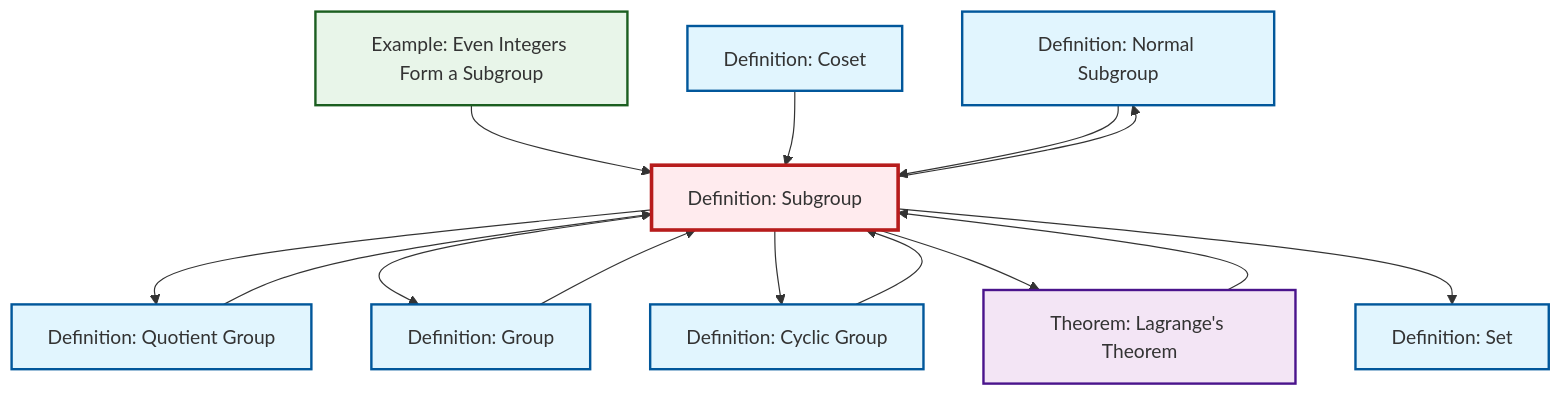
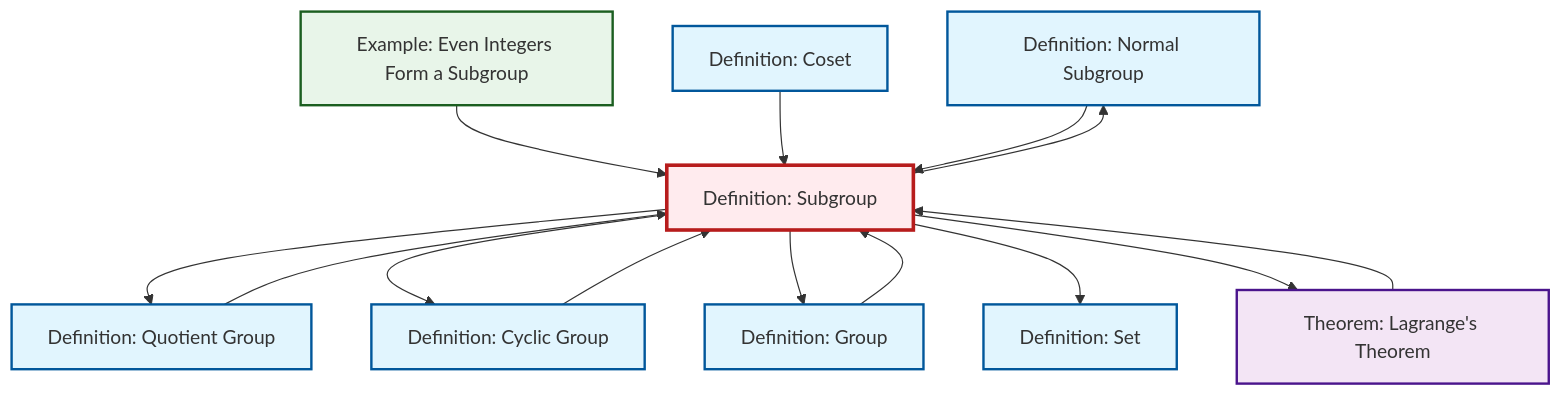
One commit to RK0429/ModernMath changed the diagram in content/en/algebra/def-subgroup.qmd. Above: the diagram before and after it, drawn with Mermaid. The commit also changed other lines of this file and 497 other files, not shown here.

````diff
--- a/content/en/algebra/def-subgroup.qmd
+++ b/content/en/algebra/def-subgroup.qmd
@@ -52,40 +52,40 @@
 ```{mermaid}
 %%| fig-cap: "Local dependency graph"
 graph TD
     classDef definition fill:#e1f5fe,stroke:#01579b,stroke-width:2px
     classDef theorem fill:#f3e5f5,stroke:#4a148c,stroke-width:2px
     classDef axiom fill:#fff3e0,stroke:#e65100,stroke-width:2px
     classDef example fill:#e8f5e9,stroke:#1b5e20,stroke-width:2px
     classDef current fill:#ffebee,stroke:#b71c1c,stroke-width:3px
     def-normal-subgroup["Definition: Normal Subgroup"]:::definition
-    def-quotient-group["Definition: Quotient Group"]:::definition
-    ex-even-integers-subgroup["Example: Even Integers Form a Subgroup"]:::example
+    def-set["Definition: Set"]:::definition
     thm-lagrange["Theorem: Lagrange's Theorem"]:::theorem
     def-coset["Definition: Coset"]:::definition
-    def-set["Definition: Set"]:::definition
+    def-quotient-group["Definition: Quotient Group"]:::definition
     def-cyclic-group["Definition: Cyclic Group"]:::definition
+    def-subgroup["Definition: Subgroup"]:::definition
     def-group["Definition: Group"]:::definition
-    def-subgroup["Definition: Subgroup"]:::definition
-    def-group --> def-subgroup
+    ex-even-integers-subgroup["Example: Even Integers Form a Subgroup"]:::example
+    ex-even-integers-subgroup --> def-subgroup
+    def-coset --> def-subgroup
+    def-normal-subgroup --> def-subgroup
+    def-subgroup --> def-normal-subgroup
     def-subgroup --> def-quotient-group
-    ex-even-integers-subgroup --> def-subgroup
-    thm-lagrange --> def-subgroup
-    def-coset --> def-subgroup
-    def-subgroup --> def-normal-subgroup
     def-cyclic-group --> def-subgroup
     def-quotient-group --> def-subgroup
+    thm-lagrange --> def-subgroup
+    def-subgroup --> def-cyclic-group
+    def-group --> def-subgroup
     def-subgroup --> def-group
-    def-subgroup --> def-cyclic-group
+    def-subgroup --> def-set
     def-subgroup --> thm-lagrange
-    def-subgroup --> def-set
-    def-normal-subgroup --> def-subgroup
     class def-subgroup current
     click def-normal-subgroup "def-normal-subgroup.html" "Go to Normal Subgroup definition"
-    click def-quotient-group "def-quotient-group.html" "Go to Quotient Group definition"
-    click ex-even-integers-subgroup "ex-even-integers-subgroup.html" "Go to Even Integers Form a Subgroup example"
+    click def-set "def-set.html" "Go to Set definition"
     click thm-lagrange "thm-lagrange.html" "Go to Lagrange's Theorem theorem"
     click def-coset "def-coset.html" "Go to Coset definition"
-    click def-set "def-set.html" "Go to Set definition"
+    click def-quotient-group "def-quotient-group.html" "Go to Quotient Group definition"
     click def-cyclic-group "def-cyclic-group.html" "Go to Cyclic Group definition"
     click def-group "def-group.html" "Go to Group definition"
+    click ex-even-integers-subgroup "ex-even-integers-subgroup.html" "Go to Even Integers Form a Subgroup example"
 ```
````
